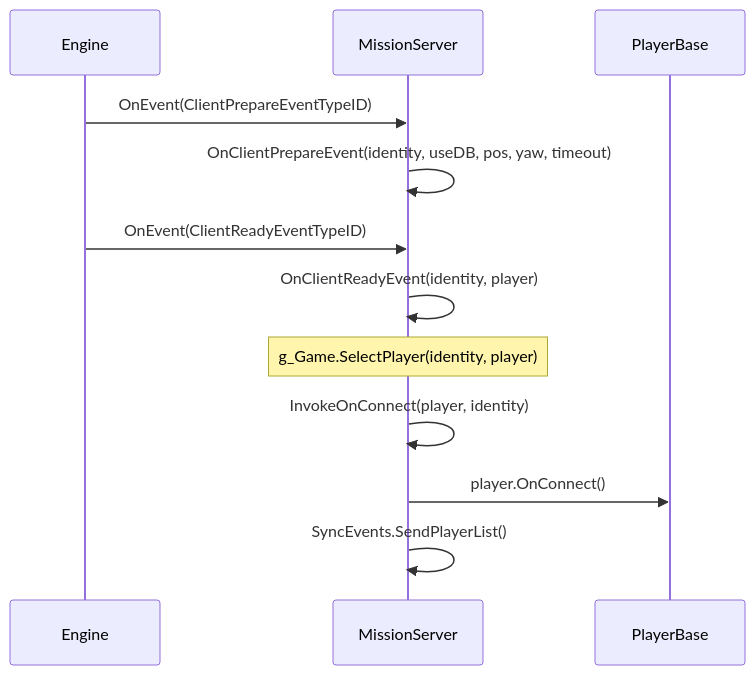
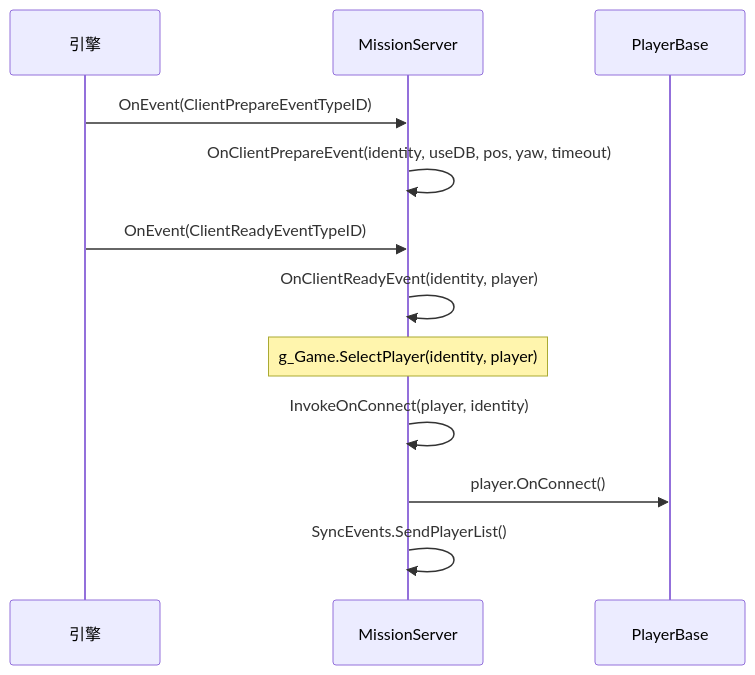
One commit to StarDZ-Team/DayZ-Modding-Wiki changed the fourth of 5 diagrams in zh-hans/06-engine-api/11-mission-hooks.md. Above: the diagram before and after it, drawn with Mermaid. The commit also changed other lines of this file and 10 other files, not shown here.

````diff
--- a/zh-hans/06-engine-api/11-mission-hooks.md
+++ b/zh-hans/06-engine-api/11-mission-hooks.md
@@ -241,17 +241,17 @@
 ```mermaid
 sequenceDiagram
-    participant Engine
+    participant Engine as 引擎
     participant MS as MissionServer
     participant Player as PlayerBase
 
     Engine->>MS: OnEvent(ClientPrepareEventTypeID)
     MS->>MS: OnClientPrepareEvent(identity, useDB, pos, yaw, timeout)
 
     Engine->>MS: OnEvent(ClientReadyEventTypeID)
     MS->>MS: OnClientReadyEvent(identity, player)
     Note over MS: g_Game.SelectPlayer(identity, player)
 
     MS->>MS: InvokeOnConnect(player, identity)
     MS->>Player: player.OnConnect()
     MS->>MS: SyncEvents.SendPlayerList()
 ```
````
